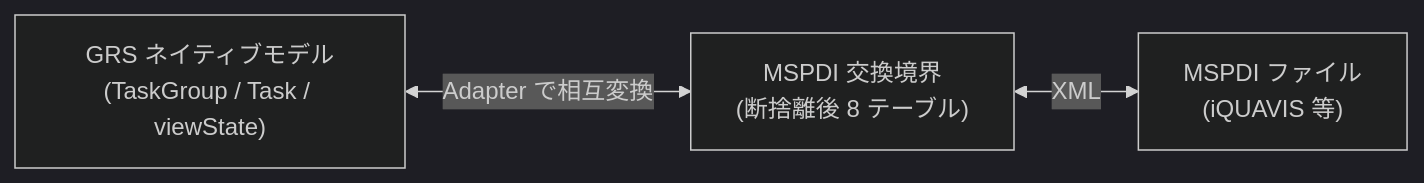
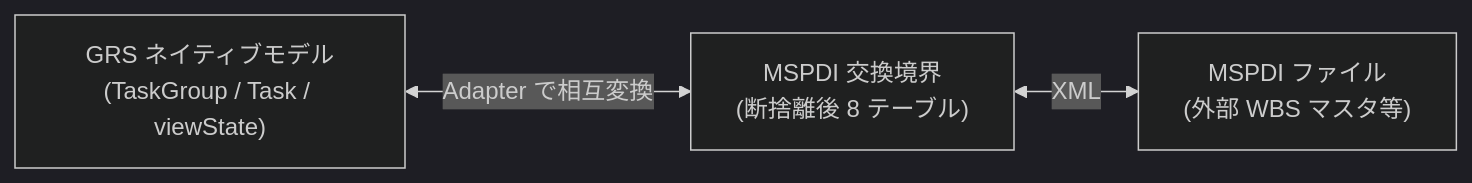
One commit to GoodRelax/gr-scheduler changed the first of 2 diagrams in handover/02-data-model/grs-data-model-ja.md. Above: the diagram before and after it, drawn with Mermaid (dark theme). The commit also changed other lines of this file and 9 other files, not shown here.

````diff
--- a/handover/02-data-model/grs-data-model-ja.md
+++ b/handover/02-data-model/grs-data-model-ja.md
@@ -12,5 +12,5 @@
 ```mermaid
 flowchart LR
     A["GRS ネイティブモデル<br/>(TaskGroup / Task / viewState)"] <-->|"Adapter で相互変換"| B["MSPDI 交換境界<br/>(断捨離後 8 テーブル)"]
-    B <-->|"XML"| C["MSPDI ファイル<br/>(iQUAVIS 等)"]
+    B <-->|"XML"| C["MSPDI ファイル<br/>(外部 WBS マスタ等)"]
 ```
````
